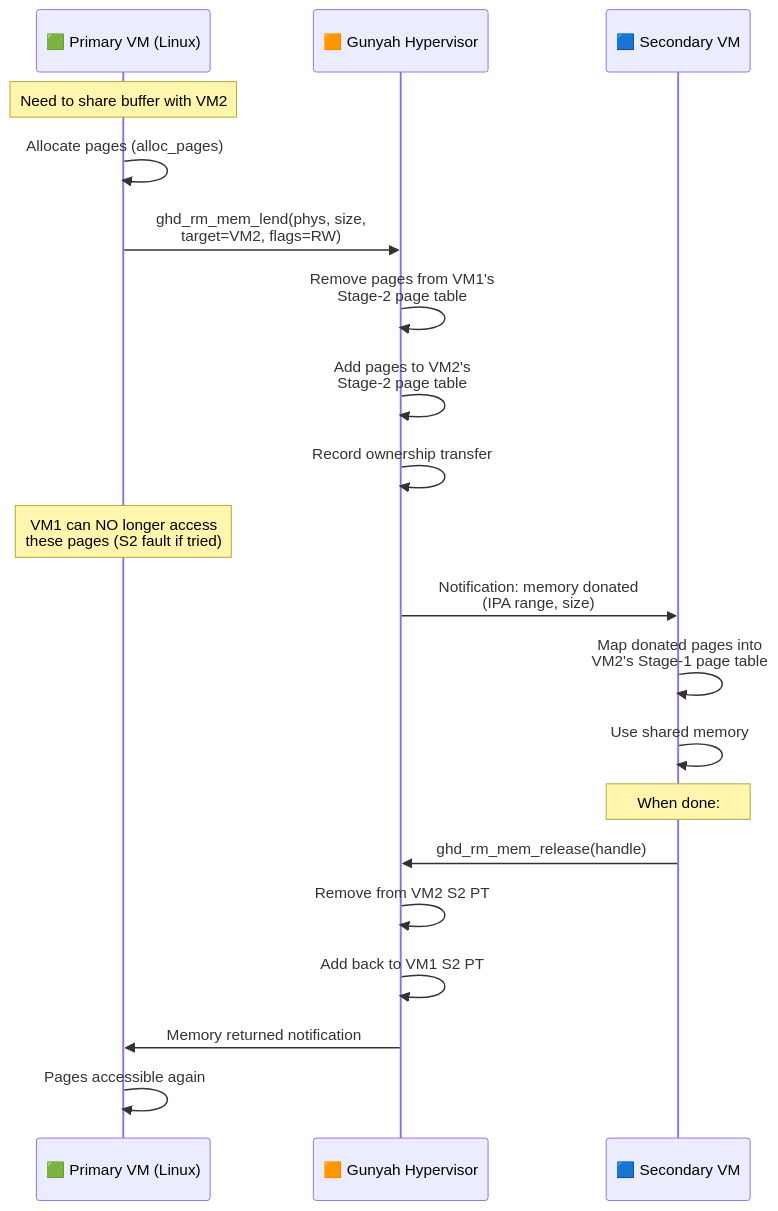
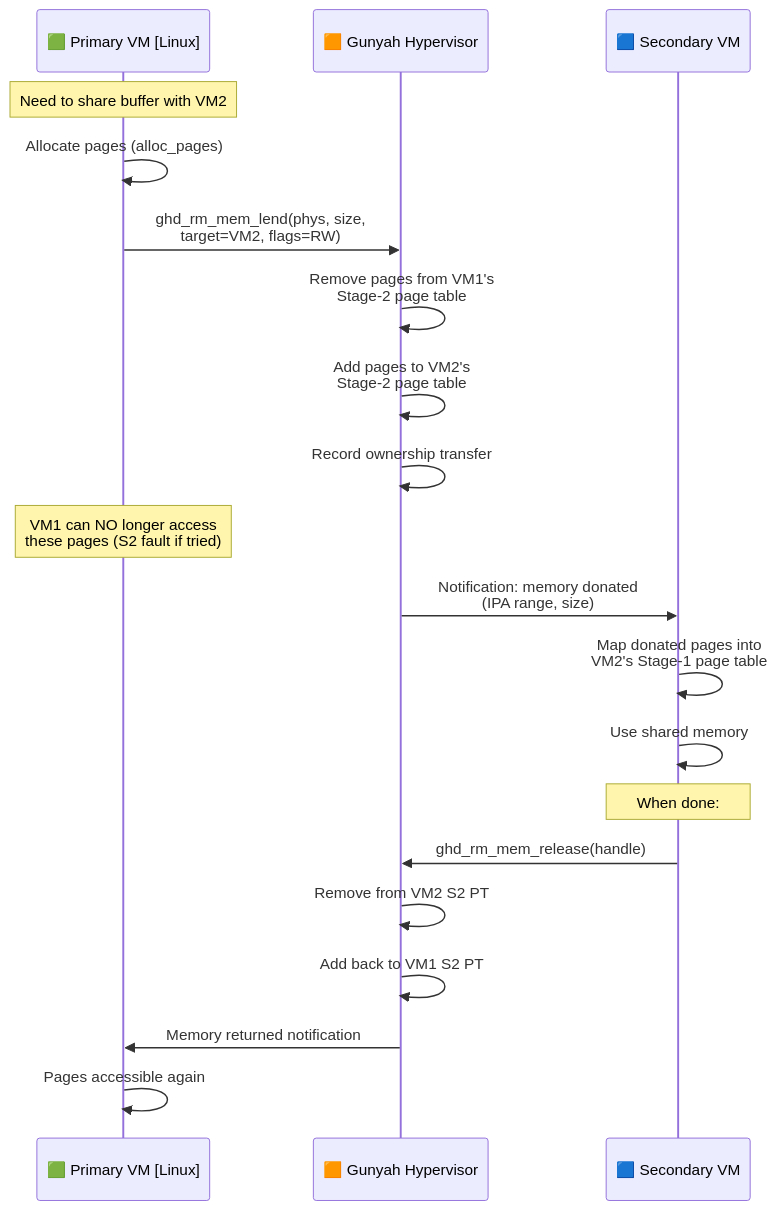
Diagram 19 of 21 in MemoryManagement/17_Qualcomm_System_Design_Memory_Management.md (nilprajapati97/Linux), drawn with Mermaid before and after one commit. The commit also changed other lines of this file and 68 other files, not shown here.

````diff
--- a/MemoryManagement/17_Qualcomm_System_Design_Memory_Management.md
+++ b/MemoryManagement/17_Qualcomm_System_Design_Memory_Management.md
@@ -781,29 +781,29 @@
 ```mermaid
 sequenceDiagram
-    participant VM1 as 🟩 Primary VM (Linux)
+    participant VM1 as 🟩 Primary VM [Linux]
     participant HV as 🟧 Gunyah Hypervisor
     participant VM2 as 🟦 Secondary VM
 
     Note over VM1: Need to share buffer with VM2
 
     VM1->>VM1: Allocate pages (alloc_pages)
     VM1->>HV: ghd_rm_mem_lend(phys, size,<br/>target=VM2, flags=RW)
 
     HV->>HV: Remove pages from VM1's<br/>Stage-2 page table
     HV->>HV: Add pages to VM2's<br/>Stage-2 page table
     HV->>HV: Record ownership transfer
 
     Note over VM1: VM1 can NO longer access<br/>these pages (S2 fault if tried)
 
     HV->>VM2: Notification: memory donated<br/>(IPA range, size)
 
     VM2->>VM2: Map donated pages into<br/>VM2's Stage-1 page table
     VM2->>VM2: Use shared memory
 
     Note over VM2: When done:
     VM2->>HV: ghd_rm_mem_release(handle)
     HV->>HV: Remove from VM2 S2 PT
     HV->>HV: Add back to VM1 S2 PT
     HV->>VM1: Memory returned notification
     VM1->>VM1: Pages accessible again
 ```
````
